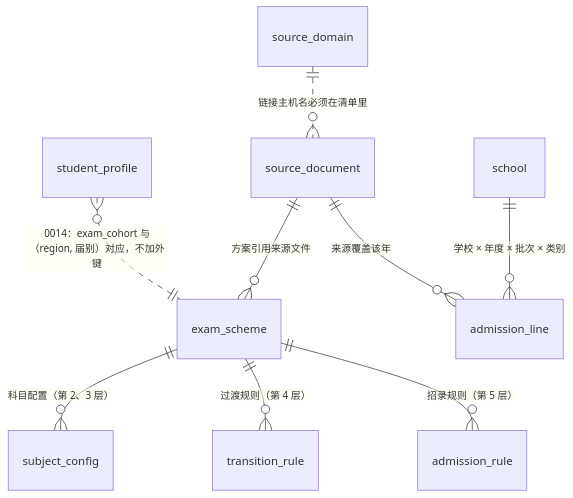
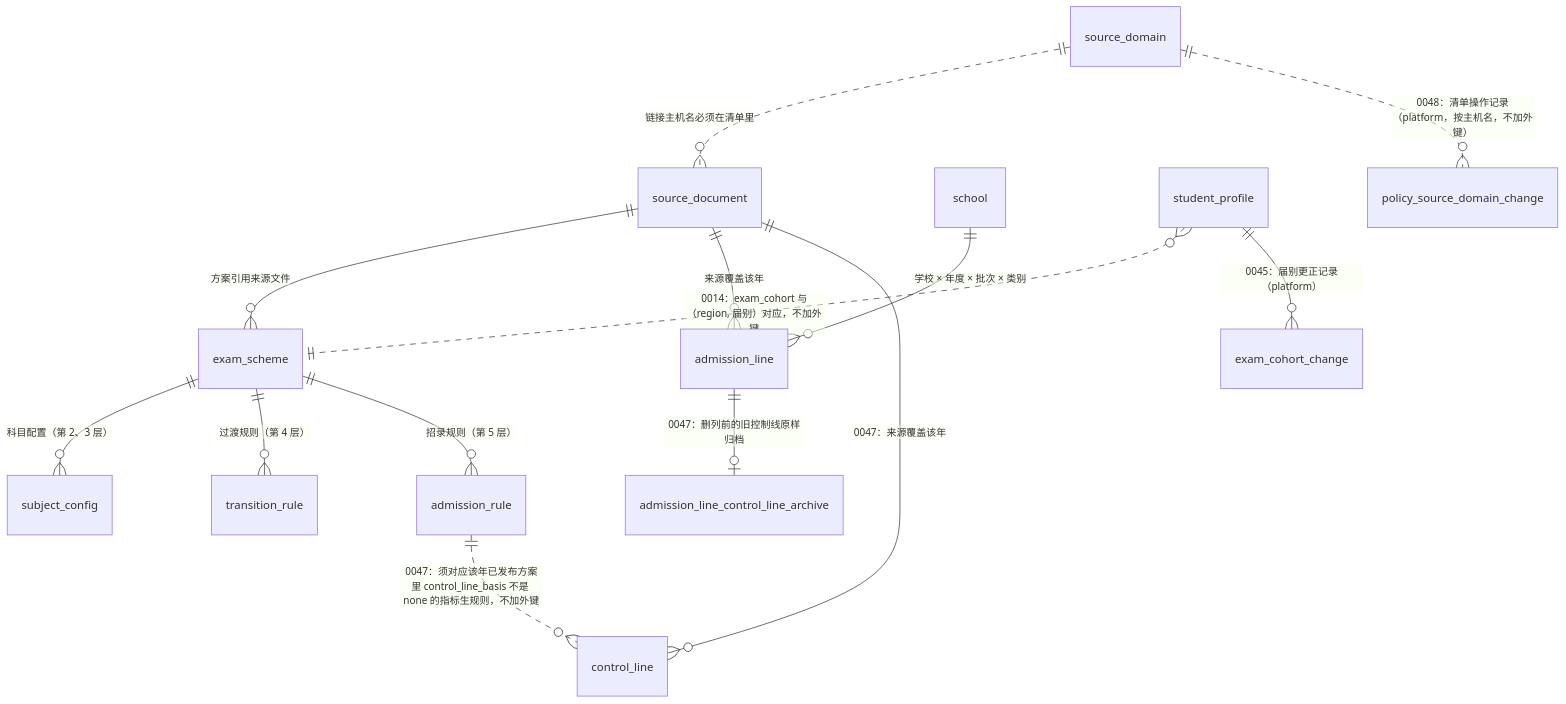
One commit to zeemen/starbuddy changed the fifth of 5 diagrams in docs/adr/erd.md. Above: the diagram before and after it, drawn with Mermaid. The commit also changed other lines of this file and 24 other files, not shown here.

````diff
--- a/docs/adr/erd.md
+++ b/docs/adr/erd.md
@@ -210,11 +210,16 @@
 ```mermaid
 erDiagram
   source_domain ||..o{ source_document : "链接主机名必须在清单里"
   source_document ||--o{ exam_scheme : "方案引用来源文件"
   exam_scheme ||--o{ subject_config : "科目配置（第 2、3 层）"
   exam_scheme ||--o{ transition_rule : "过渡规则（第 4 层）"
   exam_scheme ||--o{ admission_rule : "招录规则（第 5 层）"
   school ||--o{ admission_line : "学校 × 年度 × 批次 × 类别"
   source_document ||--o{ admission_line : "来源覆盖该年"
+  source_document ||--o{ control_line : "0047：来源覆盖该年"
+  admission_rule ||..o{ control_line : "0047：须对应该年已发布方案里 control_line_basis 不是 none 的指标生规则，不加外键"
+  admission_line ||--o| admission_line_control_line_archive : "0047：删列前的旧控制线原样归档"
   student_profile }o..|| exam_scheme : "0014：exam_cohort 与（region, 届别）对应，不加外键"
+  student_profile ||--o{ exam_cohort_change : "0045：届别更正记录（platform）"
+  source_domain ||..o{ policy_source_domain_change : "0048：清单操作记录（platform，按主机名，不加外键）"
 ```
````
